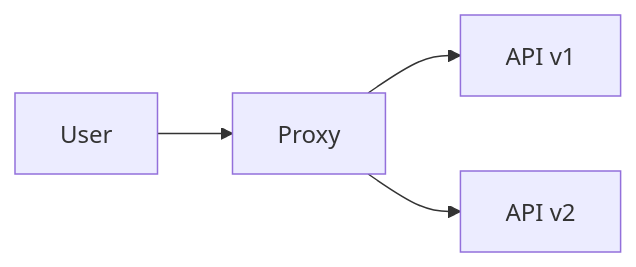
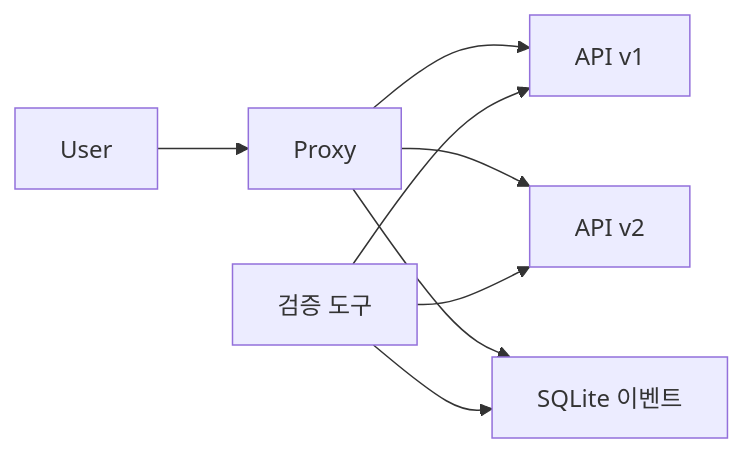
One commit to kimchanhyung98/api-migration-proxy changed the diagram in .demo/docs/README.md. Above: the diagram before and after it, drawn with Mermaid. The commit also changed other lines of this file and 10 other files, not shown here.

````diff
--- a/.demo/docs/README.md
+++ b/.demo/docs/README.md
@@ -5,6 +7,10 @@
 ```mermaid
 flowchart LR
     User --> Proxy
     Proxy --> V1[API v1]
     Proxy --> V2[API v2]
+    Observer[검증 도구] --> V1
+    Observer --> V2
+    Proxy --> Events[SQLite 이벤트]
+    Observer --> Events
 ```
````
